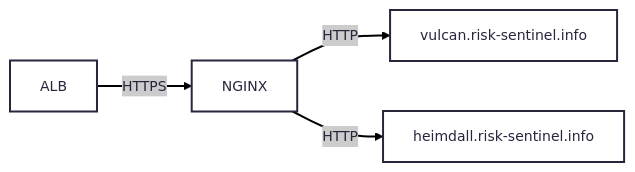
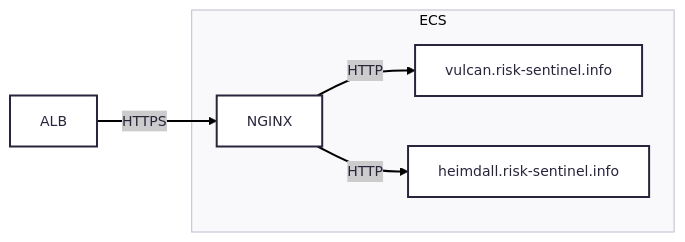
The second of 2 diagrams in README.md (clem-field/Sandbox), drawn with Mermaid before and after one commit.

Commit message:
added ecr info and readme

````diff
--- a/README.md
+++ b/README.md
@@ -38,9 +38,16 @@
 ```mermaid
 ---
 config:
     theme: redux
 ---
 flowchart LR
-    A["`ALB`"] --> |HTTPS| B["`NGINX`"] --> |HTTP| C["`vulcan.risk-sentinel.info`"]
-    B --> |HTTP| D["`heimdall.risk-sentinel.info`"]
+    A["`ALB`"]
+    B["`NGINX`"]
+    C["`vulcan.risk-sentinel.info`"]
+    D["`heimdall.risk-sentinel.info`"]
+    A --> |HTTPS| B 
+    subgraph ECS 
+    B --> |HTTP| C
+    B --> |HTTP| D
+    end
 ```
````
